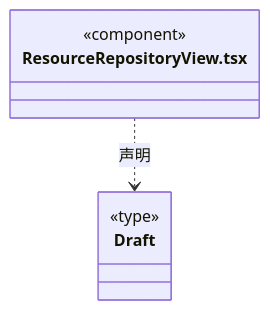
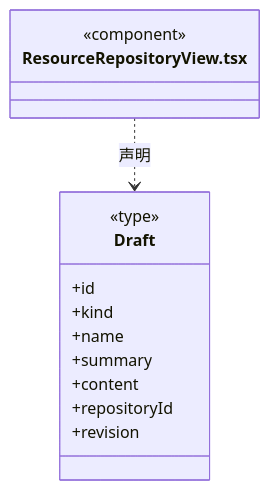
Before and after one commit to nan023062/cbim: the fourth of 8 diagrams in src/frontend/resources/ARCHITECTURE.md, drawn with Mermaid. The commit also changed other lines of this file and 240 other files, not shown here.

````diff
--- a/src/frontend/resources/ARCHITECTURE.md
+++ b/src/frontend/resources/ARCHITECTURE.md
@@ -19,11 +55,17 @@
 ```mermaid
 classDiagram
 class N_src_frontend_resources_ResourceRepositoryView_tsx["ResourceRepositoryView.tsx"] {
   <<component>>
 }
 class N_src_frontend_resources_ResourceRepositoryView_tsx_Draft["Draft"] {
   <<type>>
-
+  +id
+  +kind
+  +name
+  +summary
+  +content
+  +repositoryId
+  +revision
 }
 N_src_frontend_resources_ResourceRepositoryView_tsx ..> N_src_frontend_resources_ResourceRepositoryView_tsx_Draft : 声明
 ```
````
